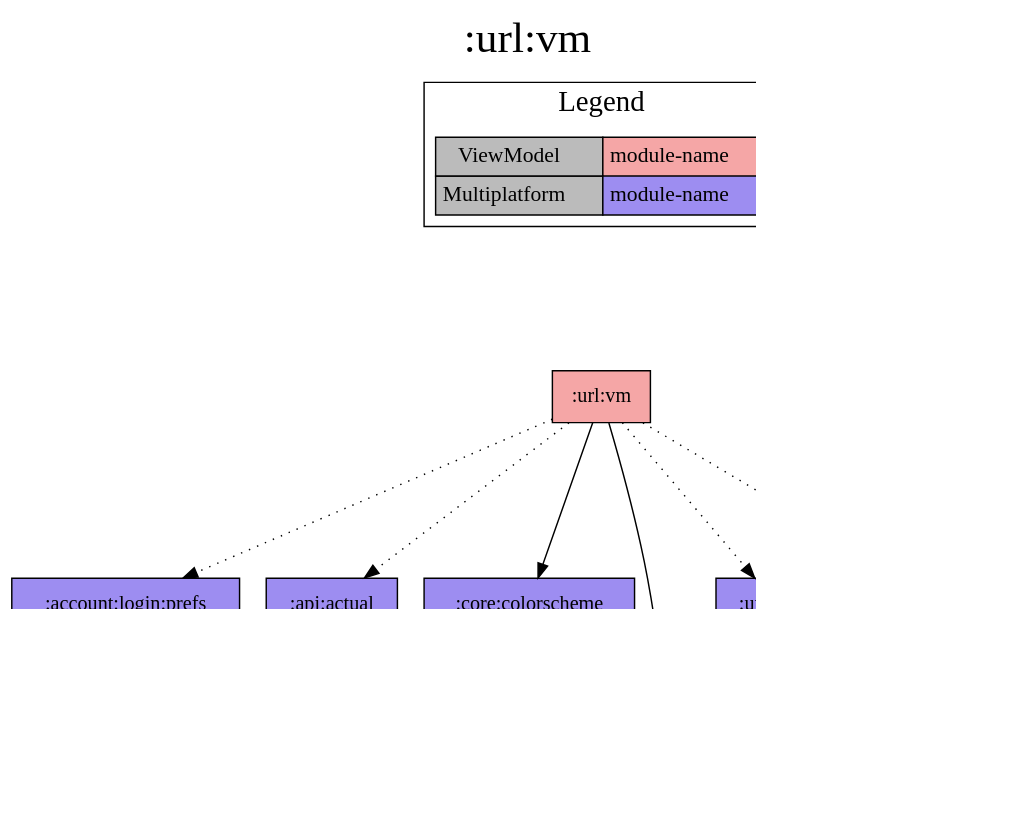
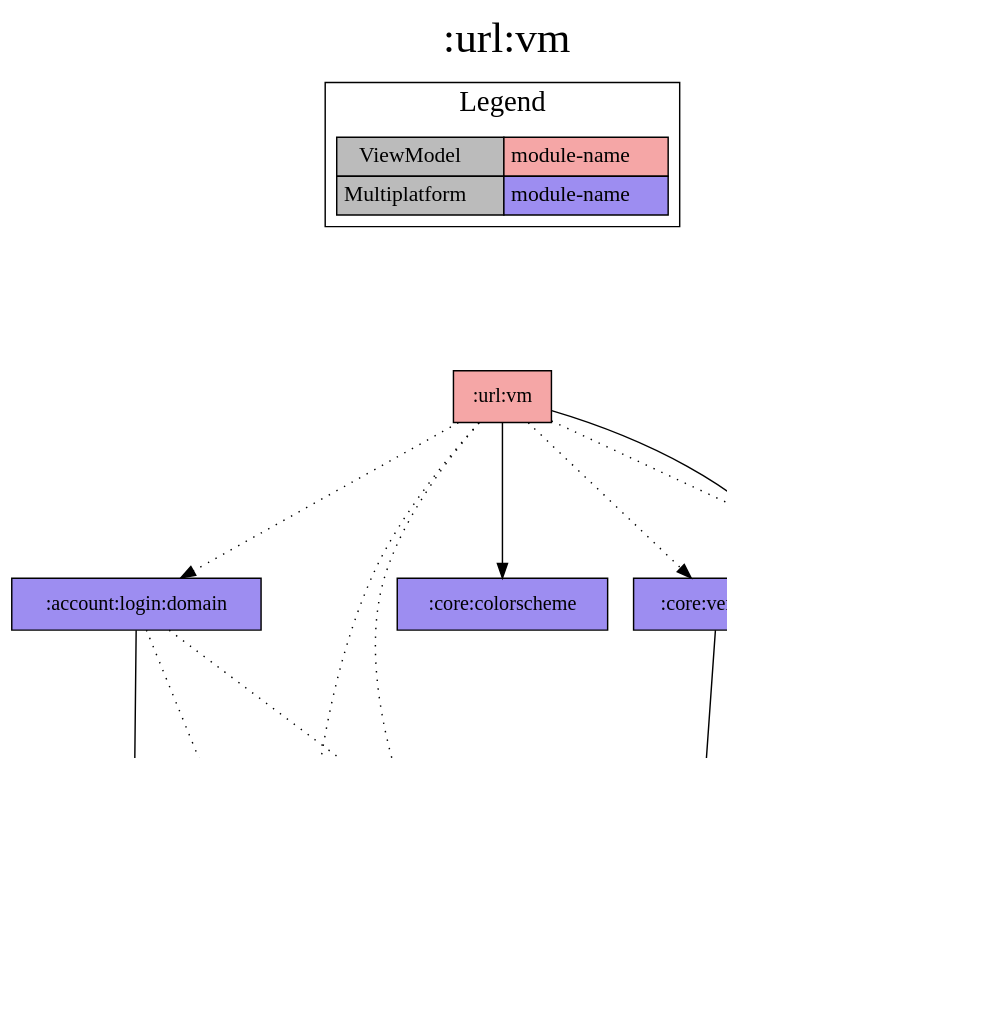
The diagram in modules/url/vm/project-dependency-graph.dot (jonapoul/aktual), drawn with Graphviz before and after one commit. The commit also changed 78 other files, not shown here.

```diff
--- a/modules/url/vm/project-dependency-graph.dot
+++ b/modules/url/vm/project-dependency-graph.dot
@@ -1,43 +1,46 @@
 digraph {
 edge ["dir"="forward"]
 graph ["dpi"="100","label"=":url:vm","labelloc"="t","fontsize"="30","ranksep"="1.5","rankdir"="TB"]
 node ["style"="filled"]
-":account:login:prefs" ["fillcolor"="#9D8DF1","shape"="box"]
+":account:login:domain" ["fillcolor"="#9D8DF1","shape"="box"]
 ":account:model" ["fillcolor"="#9D8DF1","shape"="box"]
 ":api:actual" ["fillcolor"="#9D8DF1","shape"="box"]
 ":api:core" ["fillcolor"="#9D8DF1","shape"="box"]
 ":budget:model" ["fillcolor"="#9D8DF1","shape"="box"]
 ":core:buildconfig" ["fillcolor"="#9D8DF1","shape"="box"]
 ":core:colorscheme" ["fillcolor"="#9D8DF1","shape"="box"]
 ":core:versions" ["fillcolor"="#9D8DF1","shape"="box"]
 ":url:model" ["fillcolor"="#9D8DF1","shape"="box"]
 ":url:prefs" ["fillcolor"="#9D8DF1","shape"="box"]
 ":url:vm" ["fillcolor"="#F5A6A6","shape"="box"]
 {
 edge ["dir"="none"]
 graph ["rank"="same"]
 }
-":account:login:prefs" -> ":account:model"
+":account:login:domain" -> ":account:model"
+":account:login:domain" -> ":api:actual" ["style"="dotted"]
+":account:login:domain" -> ":api:core" ["style"="dotted"]
 ":api:actual" -> ":account:model"
-":api:actual" -> ":api:core"
+":api:actual" -> ":api:core" ["style"="dotted"]
 ":api:actual" -> ":budget:model"
 ":api:actual" -> ":url:model"
 ":core:versions" -> ":core:buildconfig"
 ":url:prefs" -> ":url:model"
-":url:vm" -> ":account:login:prefs" ["style"="dotted"]
+":url:vm" -> ":account:login:domain" ["style"="dotted"]
 ":url:vm" -> ":api:actual" ["style"="dotted"]
+":url:vm" -> ":api:core" ["style"="dotted"]
 ":url:vm" -> ":core:colorscheme"
 ":url:vm" -> ":core:versions" ["style"="dotted"]
 ":url:vm" -> ":url:model"
 ":url:vm" -> ":url:prefs" ["style"="dotted"]
 subgraph "cluster_legend" {
 edge ["dir"="none"]
 graph ["label"="Legend","fontsize"="20"]
 "Legend" ["style"="filled","fillcolor"="#bbbbbb","shape"="none","margin"="0","fontsize"="15","label"=<
 <TABLE BORDER="0" CELLBORDER="1" CELLSPACING="0" CELLPADDING="4">
 <TR><TD>ViewModel</TD><TD BGCOLOR="#F5A6A6">module-name</TD></TR>
 <TR><TD>Multiplatform</TD><TD BGCOLOR="#9D8DF1">module-name</TD></TR>
 </TABLE>
 >]
 } -> ":url:vm" ["style"="invis"]
 }
```
